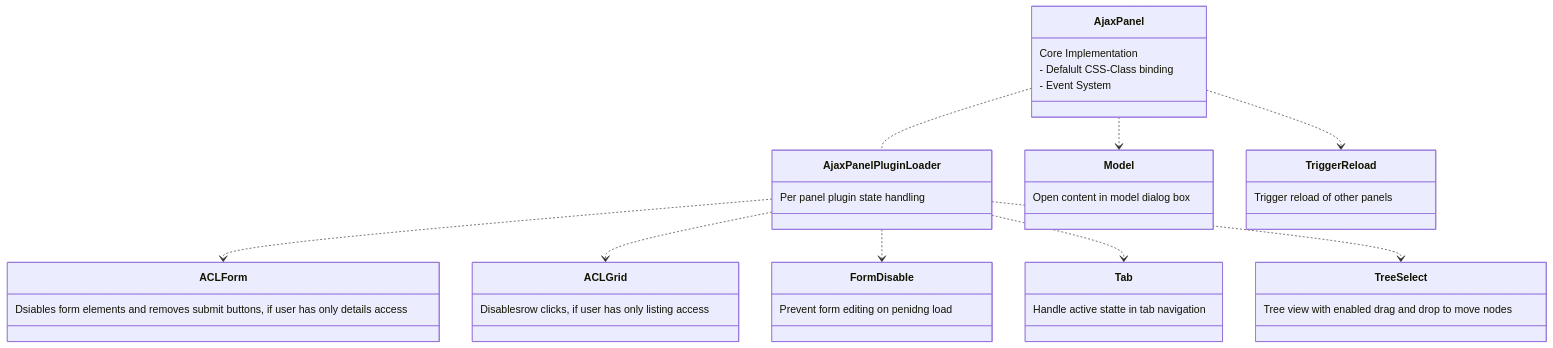
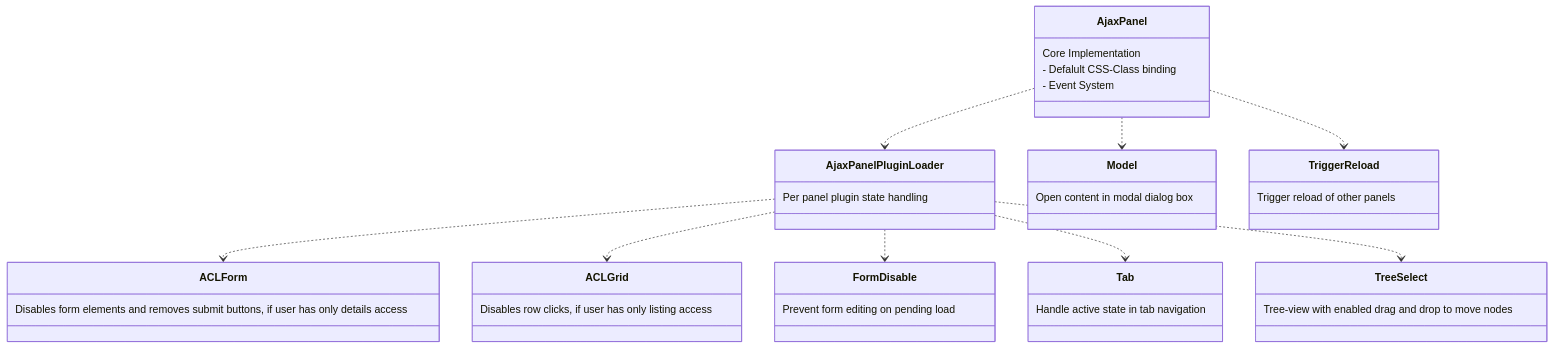
One commit to shopware/docs changed the diagram in products/extensions/b2b-suite/guides/storefront/ajax-panel.md. Above: the diagram before and after it, drawn with Mermaid. The commit also changed other lines of this file and 11 other files, not shown here.

````diff
--- a/products/extensions/b2b-suite/guides/storefront/ajax-panel.md
+++ b/products/extensions/b2b-suite/guides/storefront/ajax-panel.md
@@ -14,40 +68,40 @@
 ```mermaid
 classDiagram
-    AjaxPanel .. AjaxPanelPluginLoader
+    AjaxPanel ..> AjaxPanelPluginLoader
     AjaxPanel ..> Model
     AjaxPanel ..> TriggerReload
     AjaxPanelPluginLoader ..> ACLForm
     AjaxPanelPluginLoader ..> ACLGrid
     AjaxPanelPluginLoader ..> FormDisable
     AjaxPanelPluginLoader ..> Tab
     AjaxPanelPluginLoader ..> TreeSelect
     class AjaxPanel{
       Core Implementation
       - Defalult CSS-Class binding
       - Event System
     }
     class AjaxPanelPluginLoader{
         Per panel plugin state handling
     }
     class Model{
-        Open content in model dialog box
+        Open content in modal dialog box
     }
     class TriggerReload{
         Trigger reload of other panels
     }
     class ACLForm{
-        Dsiables form elements and removes submit buttons, if user has only details access
+        Disables form elements and removes submit buttons, if user has only details access
     }
     class ACLGrid{
-        Disablesrow clicks, if user has only listing access
+        Disables row clicks, if user has only listing access
     }
     class FormDisable{
-        Prevent form editing on penidng load
+        Prevent form editing on pending load
     }
     class Tab{
-        Handle active statte in tab navigation
+        Handle active state in tab navigation
     }
     class TreeSelect{
-        Tree view with enabled drag and drop to move nodes
+        Tree-view with enabled drag and drop to move nodes
     }
 ```
````
